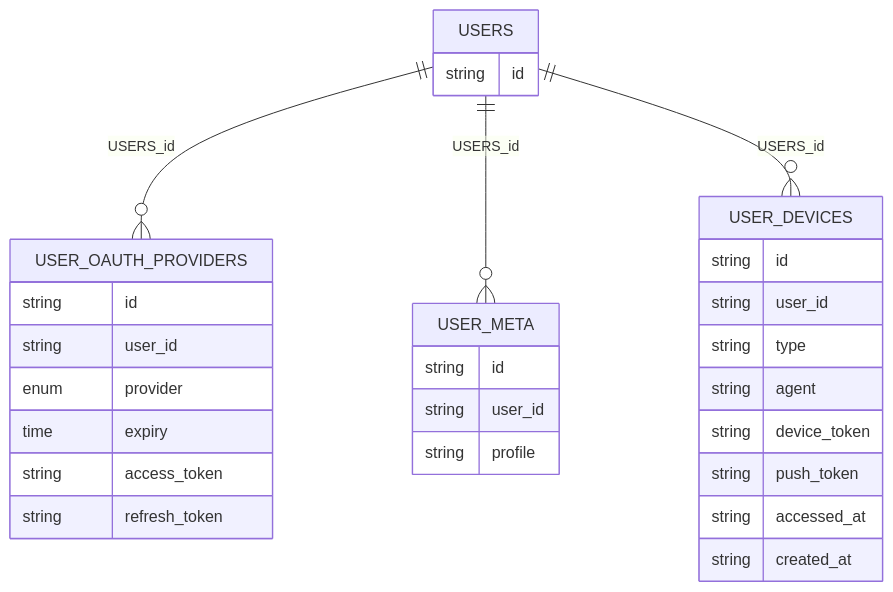
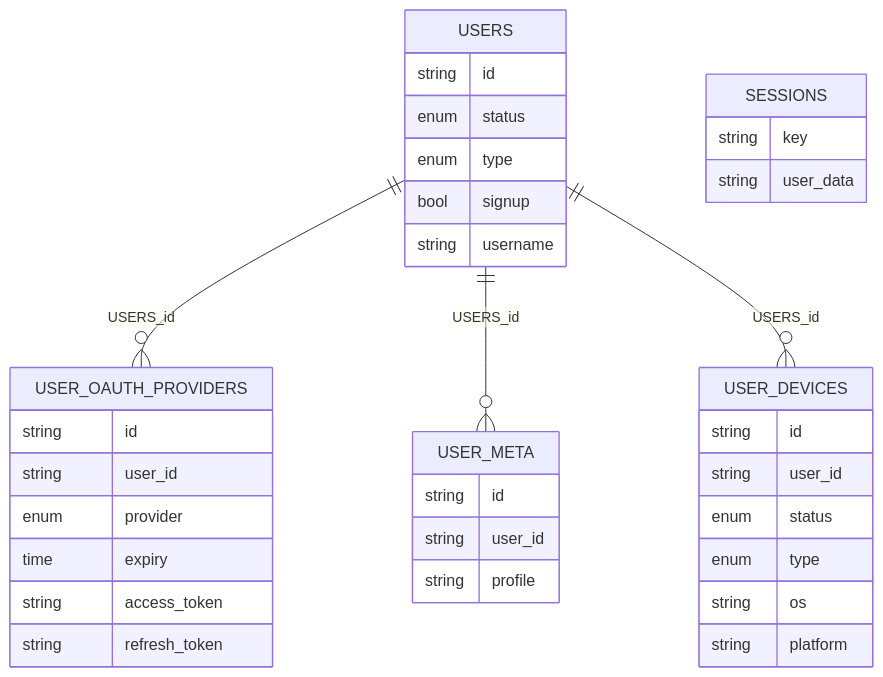
Before and after one commit to sundaytycoon/buttons-api: the first of 2 diagrams in UMLs.md, drawn with Mermaid. The commit also changed other lines of this file and 54 other files, not shown here.

````diff
--- a/UMLs.md
+++ b/UMLs.md
@@ -3,32 +3,39 @@
 ```mermaid
 erDiagram
     USER_OAUTH_PROVIDERS {
         string id
         string user_id
         enum provider
         time expiry
         string access_token
         string refresh_token
    }
     USERS ||--o{ USER_OAUTH_PROVIDERS : USERS_id
     USERS {
         string id
+        enum status
+        enum type
+        bool signup
+        string username
     }
     USERS ||--o{ USER_META : USERS_id
     USER_META {
         string id
         string user_id
         string profile
     }
     USERS ||--o{ USER_DEVICES : USERS_id
     USER_DEVICES {
         string id
         string user_id
-        string type
-        string agent
-        string device_token
-        string push_token
-        string accessed_at
-        string created_at
+        enum status
+        enum type
+        string os
+        string platform
+    }
+    
+    SESSIONS {
+        string key
+        string user_data
     }
 ```
````
